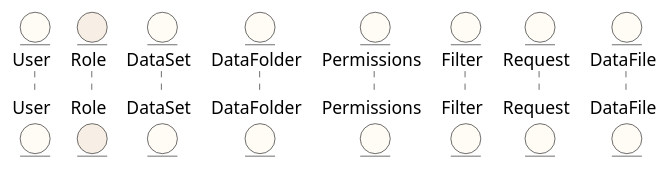
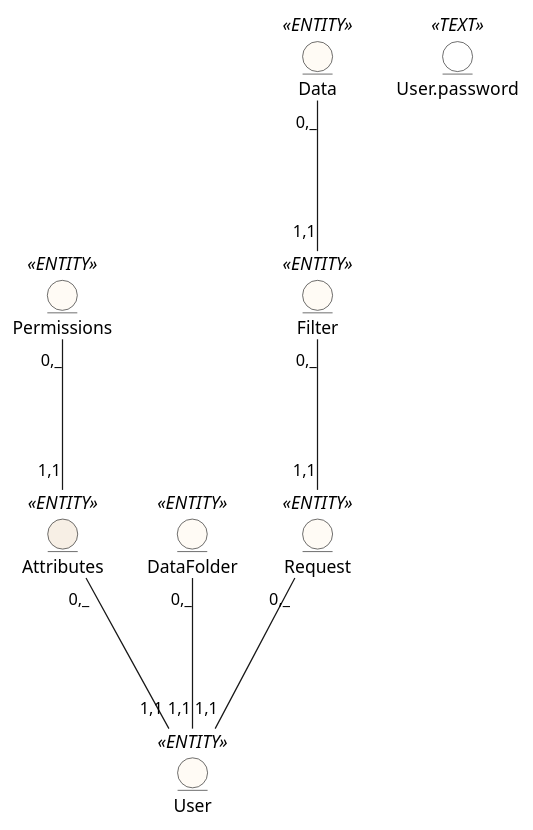
One commit to edu-db/edu_db_labs changed the diagram in docs/design/README.md. Above: the diagram before and after it, drawn with PlantUML.

Commit message:
feat: setup basic links between the entities

```diff
--- a/docs/design/README.md
+++ b/docs/design/README.md
@@ -7,12 +7,20 @@
 @startuml
 
-entity User #FFFBF5
-entity Role #F7EFE5
-entity DataSet #FFFBF5
-entity DataFolder #FFFBF5
-entity Permissions #FFFBF5
-entity Filter #FFFBF5
-entity Request #FFFBF5
-entity DataFile #FFFBF5
+entity User <<ENTITY>> #FFFBF5
+entity User.password <<TEXT>> #ffffff
+
+entity Attributes <<ENTITY>> #F7EFE5
+entity DataFolder <<ENTITY>> #FFFBF5
+entity Permissions <<ENTITY>> #FFFBF5
+entity Filter <<ENTITY>> #FFFBF5
+entity Request <<ENTITY>> #FFFBF5
+entity Data <<ENTITY>> #FFFBF5
+
+User "1,1" --u- "0,_" Attributes
+User "1,1" --u- "0,_" Request
+User "1,1" --u- "0,_" DataFolder
+Request "1,1" --u- "0,_" Filter
+Filter "1,1" --u- "0,_" Data
+Attributes "1,1" --u- "0,_" Permissions
 
 @enduml
```
